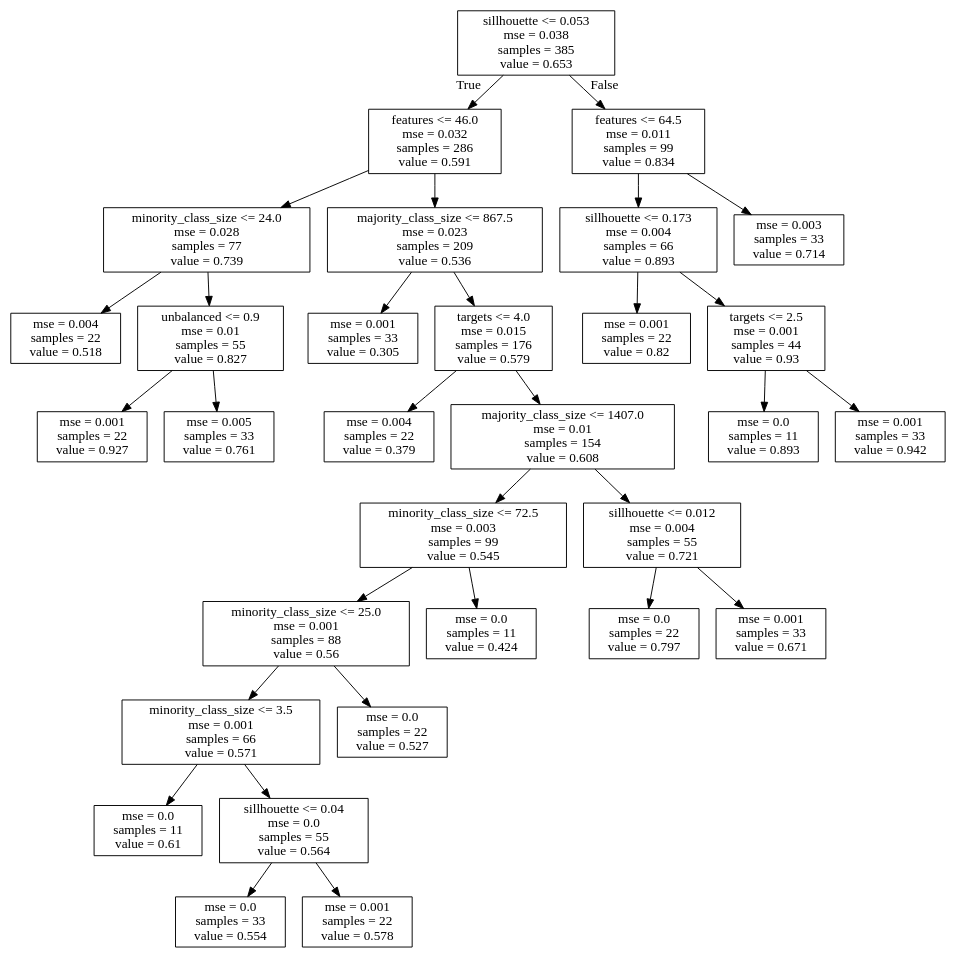
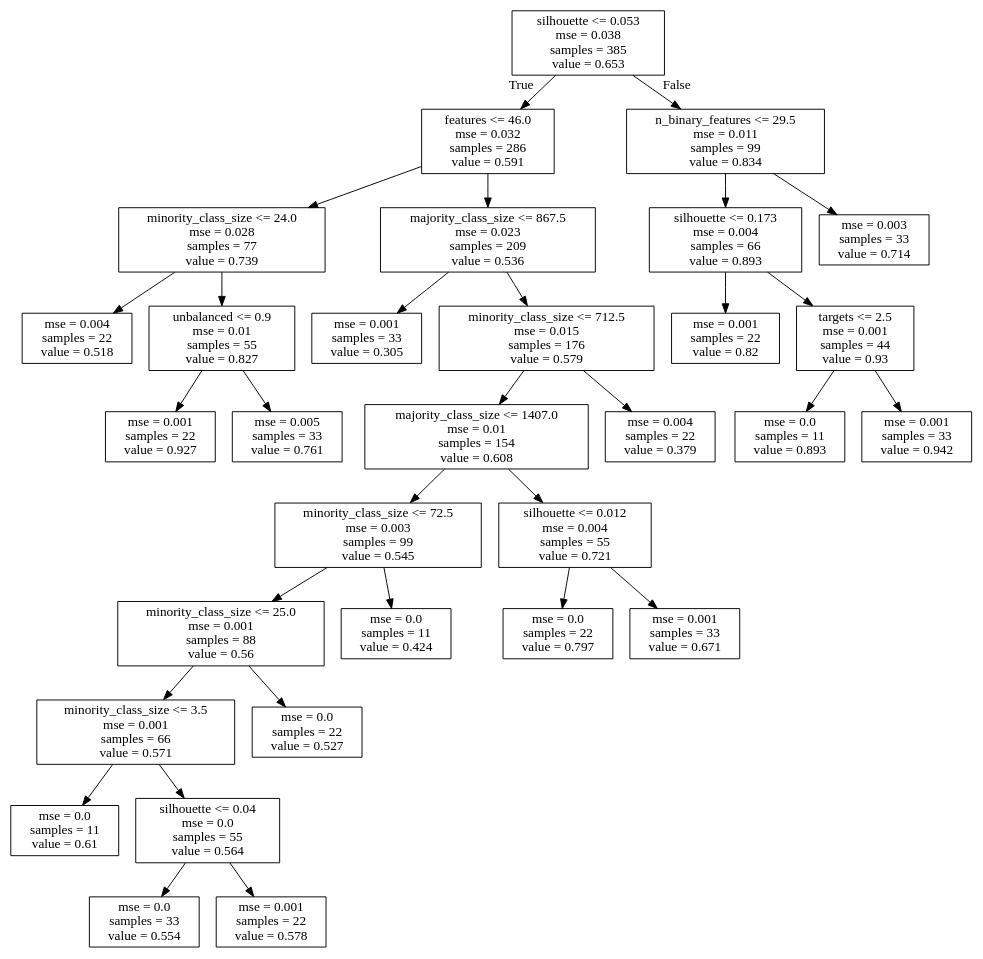
Before and after one commit to rsboos/DistributedClassifier: the diagram in analysis/learning/regression/results/trees/arb_mlp_md_f1_scores.dot, drawn with Graphviz. The commit also changed 147 other files, not shown here.

```diff
--- a/analysis/learning/regression/results/trees/arb_mlp_md_f1_scores.dot
+++ b/analysis/learning/regression/results/trees/arb_mlp_md_f1_scores.dot
@@ -1,64 +1,64 @@
 digraph Tree {
 node [shape=box] ;
-0 [label="sillhouette <= 0.053\nmse = 0.038\nsamples = 385\nvalue = 0.653"] ;
+0 [label="silhouette <= 0.053\nmse = 0.038\nsamples = 385\nvalue = 0.653"] ;
 1 [label="features <= 46.0\nmse = 0.032\nsamples = 286\nvalue = 0.591"] ;
 0 -> 1 [labeldistance=2.5, labelangle=45, headlabel="True"] ;
 2 [label="minority_class_size <= 24.0\nmse = 0.028\nsamples = 77\nvalue = 0.739"] ;
 1 -> 2 ;
 3 [label="mse = 0.004\nsamples = 22\nvalue = 0.518"] ;
 2 -> 3 ;
 4 [label="unbalanced <= 0.9\nmse = 0.01\nsamples = 55\nvalue = 0.827"] ;
 2 -> 4 ;
 5 [label="mse = 0.001\nsamples = 22\nvalue = 0.927"] ;
 4 -> 5 ;
 6 [label="mse = 0.005\nsamples = 33\nvalue = 0.761"] ;
 4 -> 6 ;
 7 [label="majority_class_size <= 867.5\nmse = 0.023\nsamples = 209\nvalue = 0.536"] ;
 1 -> 7 ;
 8 [label="mse = 0.001\nsamples = 33\nvalue = 0.305"] ;
 7 -> 8 ;
-9 [label="targets <= 4.0\nmse = 0.015\nsamples = 176\nvalue = 0.579"] ;
+9 [label="minority_class_size <= 712.5\nmse = 0.015\nsamples = 176\nvalue = 0.579"] ;
 7 -> 9 ;
-10 [label="mse = 0.004\nsamples = 22\nvalue = 0.379"] ;
+10 [label="majority_class_size <= 1407.0\nmse = 0.01\nsamples = 154\nvalue = 0.608"] ;
 9 -> 10 ;
-11 [label="majority_class_size <= 1407.0\nmse = 0.01\nsamples = 154\nvalue = 0.608"] ;
-9 -> 11 ;
-12 [label="minority_class_size <= 72.5\nmse = 0.003\nsamples = 99\nvalue = 0.545"] ;
+11 [label="minority_class_size <= 72.5\nmse = 0.003\nsamples = 99\nvalue = 0.545"] ;
+10 -> 11 ;
+12 [label="minority_class_size <= 25.0\nmse = 0.001\nsamples = 88\nvalue = 0.56"] ;
 11 -> 12 ;
-13 [label="minority_class_size <= 25.0\nmse = 0.001\nsamples = 88\nvalue = 0.56"] ;
+13 [label="minority_class_size <= 3.5\nmse = 0.001\nsamples = 66\nvalue = 0.571"] ;
 12 -> 13 ;
-14 [label="minority_class_size <= 3.5\nmse = 0.001\nsamples = 66\nvalue = 0.571"] ;
+14 [label="mse = 0.0\nsamples = 11\nvalue = 0.61"] ;
 13 -> 14 ;
-15 [label="mse = 0.0\nsamples = 11\nvalue = 0.61"] ;
-14 -> 15 ;
-16 [label="sillhouette <= 0.04\nmse = 0.0\nsamples = 55\nvalue = 0.564"] ;
-14 -> 16 ;
-17 [label="mse = 0.0\nsamples = 33\nvalue = 0.554"] ;
-16 -> 17 ;
-18 [label="mse = 0.001\nsamples = 22\nvalue = 0.578"] ;
-16 -> 18 ;
-19 [label="mse = 0.0\nsamples = 22\nvalue = 0.527"] ;
-13 -> 19 ;
-20 [label="mse = 0.0\nsamples = 11\nvalue = 0.424"] ;
-12 -> 20 ;
-21 [label="sillhouette <= 0.012\nmse = 0.004\nsamples = 55\nvalue = 0.721"] ;
-11 -> 21 ;
-22 [label="mse = 0.0\nsamples = 22\nvalue = 0.797"] ;
-21 -> 22 ;
-23 [label="mse = 0.001\nsamples = 33\nvalue = 0.671"] ;
-21 -> 23 ;
-24 [label="features <= 64.5\nmse = 0.011\nsamples = 99\nvalue = 0.834"] ;
+15 [label="silhouette <= 0.04\nmse = 0.0\nsamples = 55\nvalue = 0.564"] ;
+13 -> 15 ;
+16 [label="mse = 0.0\nsamples = 33\nvalue = 0.554"] ;
+15 -> 16 ;
+17 [label="mse = 0.001\nsamples = 22\nvalue = 0.578"] ;
+15 -> 17 ;
+18 [label="mse = 0.0\nsamples = 22\nvalue = 0.527"] ;
+12 -> 18 ;
+19 [label="mse = 0.0\nsamples = 11\nvalue = 0.424"] ;
+11 -> 19 ;
+20 [label="silhouette <= 0.012\nmse = 0.004\nsamples = 55\nvalue = 0.721"] ;
+10 -> 20 ;
+21 [label="mse = 0.0\nsamples = 22\nvalue = 0.797"] ;
+20 -> 21 ;
+22 [label="mse = 0.001\nsamples = 33\nvalue = 0.671"] ;
+20 -> 22 ;
+23 [label="mse = 0.004\nsamples = 22\nvalue = 0.379"] ;
+9 -> 23 ;
+24 [label="n_binary_features <= 29.5\nmse = 0.011\nsamples = 99\nvalue = 0.834"] ;
 0 -> 24 [labeldistance=2.5, labelangle=-45, headlabel="False"] ;
-25 [label="sillhouette <= 0.173\nmse = 0.004\nsamples = 66\nvalue = 0.893"] ;
+25 [label="silhouette <= 0.173\nmse = 0.004\nsamples = 66\nvalue = 0.893"] ;
 24 -> 25 ;
 26 [label="mse = 0.001\nsamples = 22\nvalue = 0.82"] ;
 25 -> 26 ;
 27 [label="targets <= 2.5\nmse = 0.001\nsamples = 44\nvalue = 0.93"] ;
 25 -> 27 ;
 28 [label="mse = 0.0\nsamples = 11\nvalue = 0.893"] ;
 27 -> 28 ;
 29 [label="mse = 0.001\nsamples = 33\nvalue = 0.942"] ;
 27 -> 29 ;
 30 [label="mse = 0.003\nsamples = 33\nvalue = 0.714"] ;
 24 -> 30 ;
 }
```
